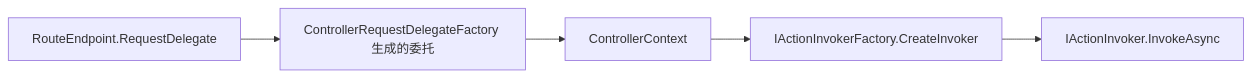
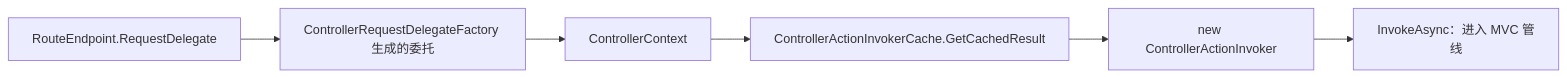
One commit to AlexKuai/SourceCodeLearningNotes changed diagram 22 of 34 in notes/MVC-源码解读版.md. Above: the diagram before and after it, drawn with Mermaid. The commit also changed other lines of this file and 9 other files, not shown here.

````diff
--- a/notes/MVC-源码解读版.md
+++ b/notes/MVC-源码解读版.md
@@ -3378,7 +3400,8 @@
 ```mermaid
 flowchart LR
     A["RouteEndpoint.RequestDelegate"] --> B["ControllerRequestDelegateFactory 生成的委托"]
     B --> C["ControllerContext"]
-    C --> D["IActionInvokerFactory.CreateInvoker"]
-    D --> E["IActionInvoker.InvokeAsync"]
+    C --> D["ControllerActionInvokerCache.GetCachedResult"]
+    D --> E["new ControllerActionInvoker"]
+    E --> F["InvokeAsync：进入 MVC 管线"]
 ```
````
